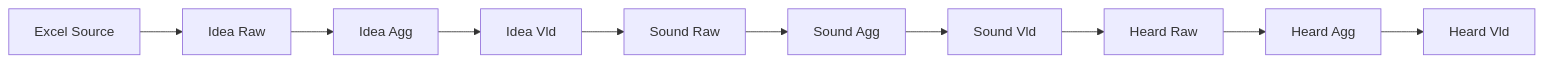
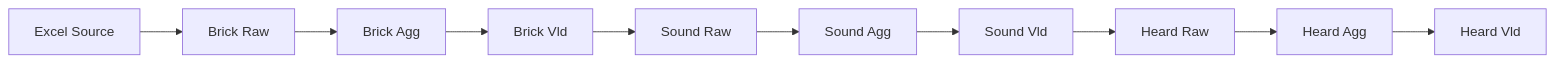
One commit to jschalk/keg changed the diagram in src/ch19_belief_src/etl_README.md. Above: the diagram before and after it, drawn with Mermaid. The commit also changed other lines of this file and 312 other files, not shown here.

Commit message:
replace "idea" with "brick"

````diff
--- a/src/ch19_belief_src/etl_README.md
+++ b/src/ch19_belief_src/etl_README.md
@@ -21,12 +21,12 @@
 ```mermaid
 flowchart LR
-    A[Excel Source] --> B[Idea Raw]
-    B --> C[Idea Agg]
-    C --> D[Idea Vld]
+    A[Excel Source] --> B[Brick Raw]
+    B --> C[Brick Agg]
+    C --> D[Brick Vld]
     D --> E[Sound Raw]
     E --> F[Sound Agg]
     F --> G[Sound Vld]
     G --> H[Heard Raw]
     H --> I[Heard Agg]
     I --> J[Heard Vld]
 ```
````
